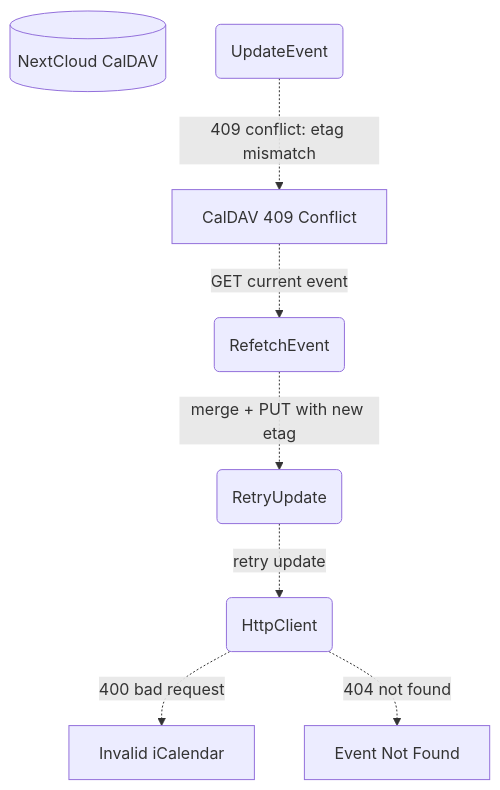
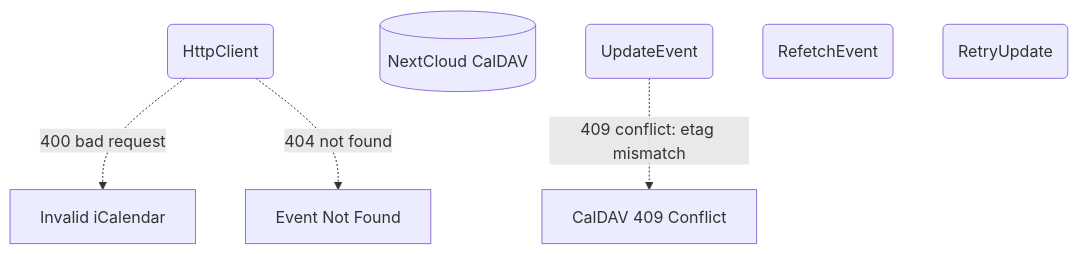
The third of 3 diagrams in _dfds/tools/calendar.md (cosmoswafer/rockbot), drawn with Mermaid before and after one commit. The commit also changed other lines of this file and 11 other files, not shown here.

````diff
--- a/_dfds/tools/calendar.md
+++ b/_dfds/tools/calendar.md
@@ -112,18 +112,15 @@
 ```mermaid
 flowchart TD
     HTTP(HttpClient)
     NC[(NextCloud CalDAV)]
     ERR_CONFLICT[CalDAV 409 Conflict]
     ERR_BAD_ICS[Invalid iCalendar]
     ERR_404[Event Not Found]
     CAL_UPD(UpdateEvent)
     CAL_REFETCH(RefetchEvent)
     CAL_RETRY(RetryUpdate)
 
     CAL_UPD -.->|"409 conflict: etag mismatch"| ERR_CONFLICT
-    ERR_CONFLICT -.->|"GET current event"| CAL_REFETCH
-    CAL_REFETCH -.->|"merge + PUT with new etag"| CAL_RETRY
-    CAL_RETRY -.->|"retry update"| HTTP
     HTTP -.->|"400 bad request"| ERR_BAD_ICS
     HTTP -.->|"404 not found"| ERR_404
 ```
````
